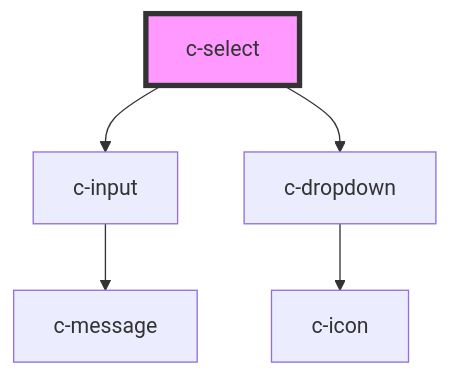
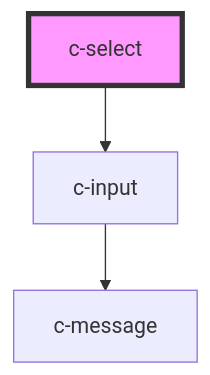
One commit to CSCfi/ui changed the diagram in packages/csc-ui/src/components/c-select/readme.md. Above: the diagram before and after it, drawn with Mermaid. The commit also changed other lines of this file and 67 other files, not shown here.

````diff
--- a/packages/csc-ui/src/components/c-select/readme.md
+++ b/packages/csc-ui/src/components/c-select/readme.md
@@ -88,8 +101,6 @@
 ```mermaid
 graph TD;
   c-select --> c-input
-  c-select --> c-dropdown
   c-input --> c-message
-  c-dropdown --> c-icon
   style c-select fill:#f9f,stroke:#333,stroke-width:4px
 ```
````
